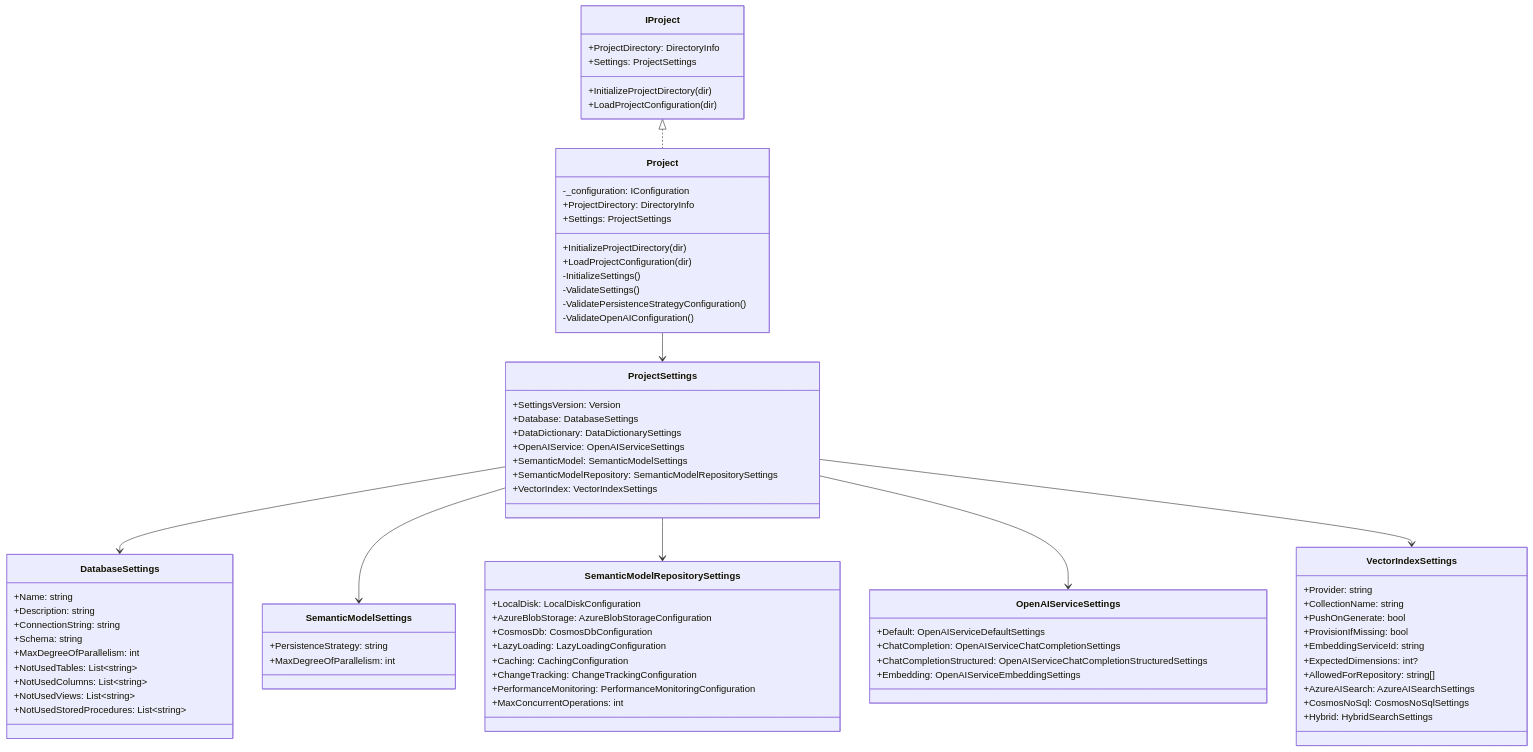
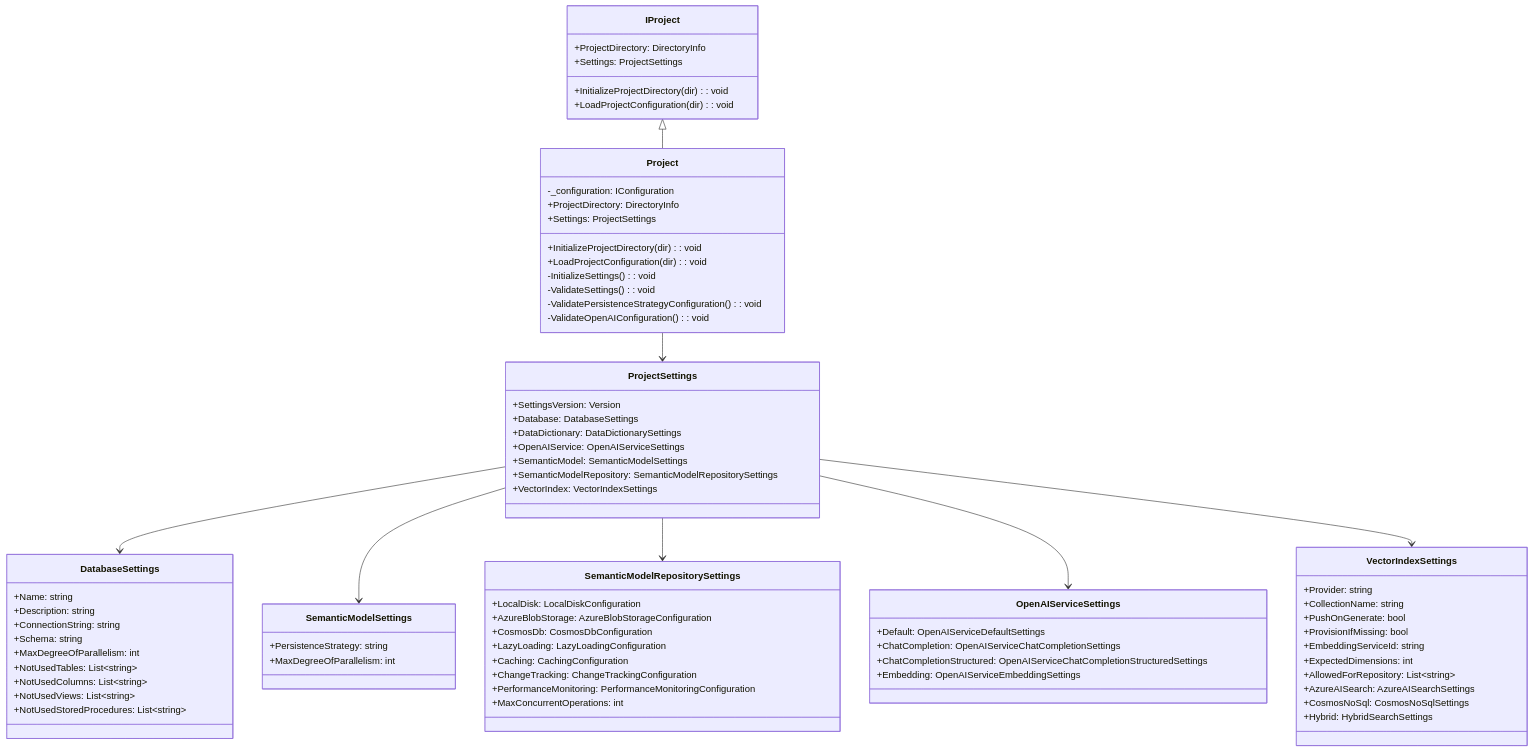
The second of 2 diagrams in docs/components/project-model-documentation.md (PlagueHO/genai-database-explorer), drawn with Mermaid before and after one commit.

Commit message:
CHANGE: Update method signatures in interface documentation
- Updated method signatures in the IProject and Project classes to include return types.
- Changed List type notation for AllowedForRepository property in ProjectSettings.
- Adjusted inheritance notation in class diagram for clarity.

```diff
--- a/docs/components/project-model-documentation.md
+++ b/docs/components/project-model-documentation.md
@@ -64,20 +64,20 @@
   class IProject {
     +ProjectDirectory: DirectoryInfo
     +Settings: ProjectSettings
-    +InitializeProjectDirectory(dir)
-    +LoadProjectConfiguration(dir)
+  +InitializeProjectDirectory(dir): void
+  +LoadProjectConfiguration(dir): void
   }
 
   class Project {
     -_configuration: IConfiguration
     +ProjectDirectory: DirectoryInfo
     +Settings: ProjectSettings
-    +InitializeProjectDirectory(dir)
-    +LoadProjectConfiguration(dir)
-    -InitializeSettings()
-    -ValidateSettings()
-    -ValidatePersistenceStrategyConfiguration()
-    -ValidateOpenAIConfiguration()
+  +InitializeProjectDirectory(dir): void
+  +LoadProjectConfiguration(dir): void
+  -InitializeSettings(): void
+  -ValidateSettings(): void
+  -ValidatePersistenceStrategyConfiguration(): void
+  -ValidateOpenAIConfiguration(): void
   }
 
   class ProjectSettings {
@@ -131,14 +131,14 @@
     +PushOnGenerate: bool
     +ProvisionIfMissing: bool
     +EmbeddingServiceId: string
-    +ExpectedDimensions: int?
-    +AllowedForRepository: string[]
+  +ExpectedDimensions: int
+  +AllowedForRepository: List~string~
     +AzureAISearch: AzureAISearchSettings
     +CosmosNoSql: CosmosNoSqlSettings
     +Hybrid: HybridSearchSettings
   }
 
-  IProject <|.. Project
+  IProject <|-- Project
   Project --> ProjectSettings
   ProjectSettings --> DatabaseSettings
   ProjectSettings --> SemanticModelSettings
```
